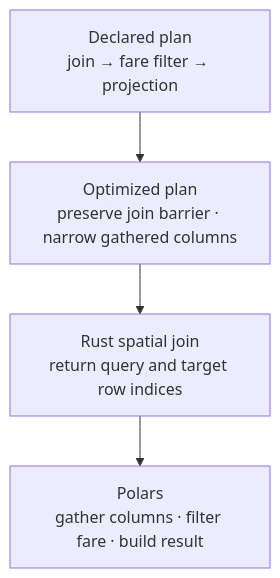
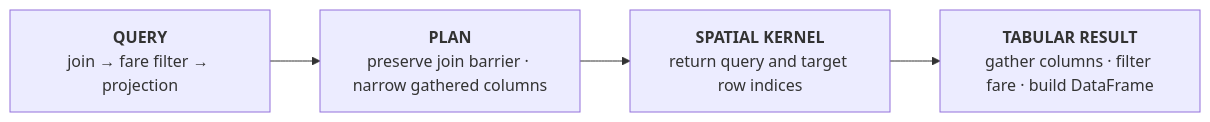
Before and after one commit to pranav-walimbe/PyCanopy: the second of 2 diagrams in docs/how-it-works/architecture.md, drawn with Mermaid. The commit also changed other lines of this file, not shown here.

Commit message:
docs: refine architecture overview

````diff
--- a/docs/how-it-works/architecture.md
+++ b/docs/how-it-works/architecture.md
@@ -37,8 +35,8 @@
 ```mermaid
-flowchart TB
-    PLAN["Declared plan<br/>join → fare filter → projection"]
-    OPT["Optimized plan<br/>preserve join barrier · narrow gathered columns"]
-    JOIN["Rust spatial join<br/>return query and target row indices"]
-    RESULT["Polars<br/>gather columns · filter fare · build result"]
+flowchart LR
+    PLAN["<b>QUERY</b><br/>join → fare filter → projection"]
+    OPT["<b>PLAN</b><br/>preserve join barrier · narrow gathered columns"]
+    JOIN["<b>SPATIAL KERNEL</b><br/>return query and target row indices"]
+    RESULT["<b>TABULAR RESULT</b><br/>gather columns · filter fare · build DataFrame"]
     PLAN --> OPT --> JOIN --> RESULT
 ```
````
